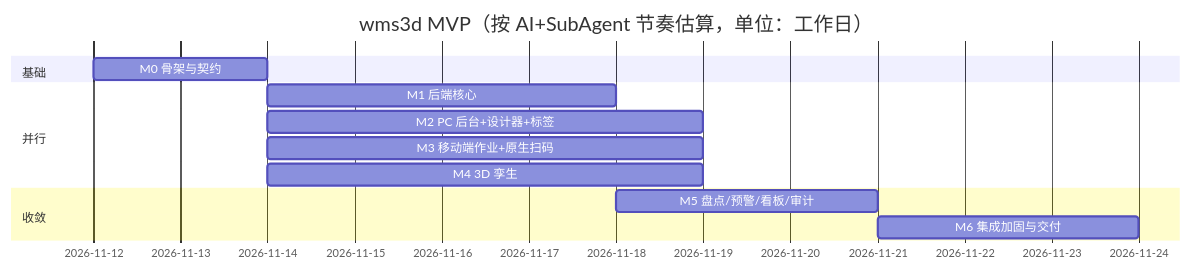
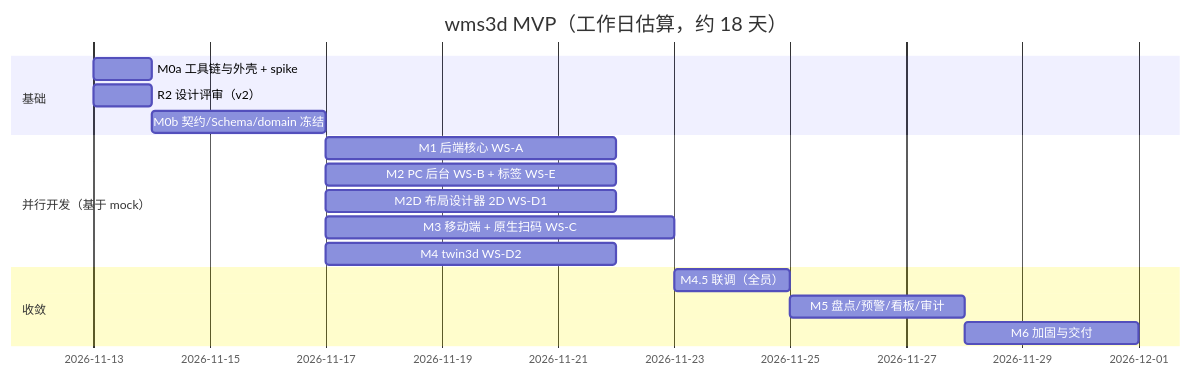
The diagram in docs/10-dev-plan.md (leiseek/wms3d), drawn with Mermaid before and after one commit. The commit also changed other lines of this file and 2 other files, not shown here.

Commit message:
docs(v2): ops/testing/dev plan — M0a/M0b split, WS-D1/WS-D2, M4.5 integration, multi-agent worktree isolation, native systemd deploy path, race-condition test list

````diff
--- a/docs/10-dev-plan.md
+++ b/docs/10-dev-plan.md
@@ -20,15 +22,19 @@
 ```mermaid
 gantt
   dateFormat  YYYY-MM-DD
-  title wms3d MVP（按 AI+SubAgent 节奏估算，单位：工作日）
+  title wms3d MVP（工作日估算，约 18 天）
   section 基础
-  M0 骨架与契约           :m0, 2026-11-12, 2d
-  section 并行
-  M1 后端核心             :m1, after m0, 4d
-  M2 PC 后台+设计器+标签   :m2, after m0, 5d
-  M3 移动端作业+原生扫码   :m3, after m0, 5d
-  M4 3D 孪生              :m4, after m0, 5d
+  M0a 工具链与外壳 + spike       :m0a, 2026-11-13, 1d
+  R2 设计评审（v2）             :r2, 2026-11-13, 1d
+  M0b 契约/Schema/domain 冻结    :m0b, after m0a r2, 3d
+  section 并行开发（基于 mock）
+  M1 后端核心 WS-A              :m1, after m0b, 5d
+  M2 PC 后台 WS-B + 标签 WS-E    :m2, after m0b, 5d
+  M2D 布局设计器 2D WS-D1        :m2d, after m0b, 5d
+  M3 移动端 + 原生扫码 WS-C      :m3, after m0b, 6d
+  M4 twin3d WS-D2               :m4, after m0b, 5d
   section 收敛
-  M5 盘点/预警/看板/审计   :m5, after m1, 3d
-  M6 集成加固与交付        :m6, after m5, 3d
+  M4.5 联调（全员）             :m45, after m1 m2 m2d m3 m4, 2d
+  M5 盘点/预警/看板/审计         :m5, after m45, 3d
+  M6 加固与交付                 :m6, after m5, 3d
 ```
````
